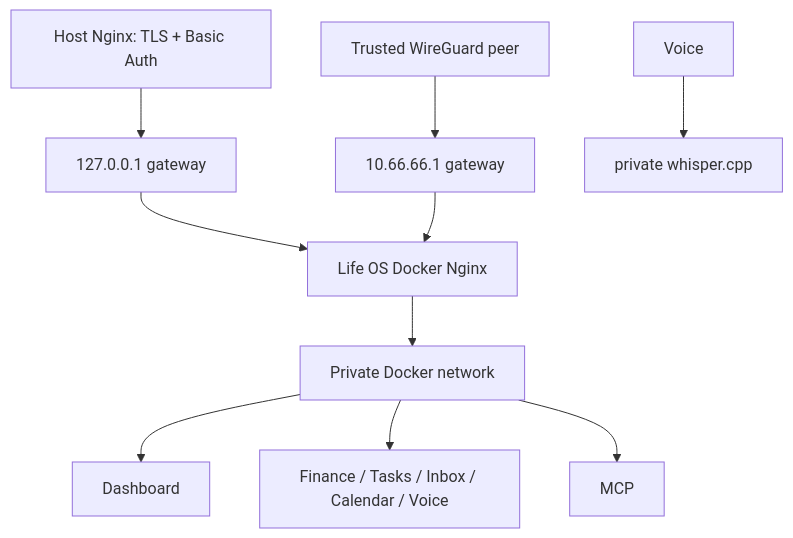
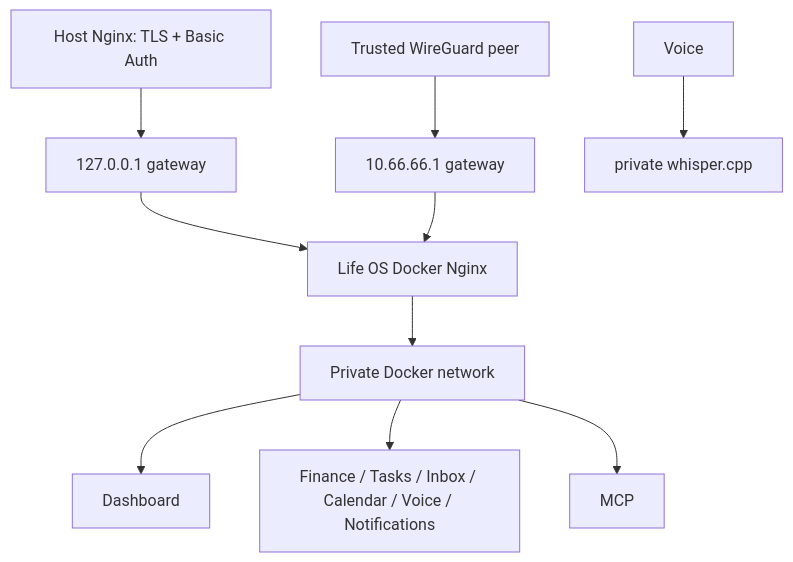
One commit to GAMch1k/life-os changed the diagram in docs/architecture/networking.md. Above: the diagram before and after it, drawn with Mermaid. The commit also changed other lines of this file and 6 other files, not shown here.

````diff
--- a/docs/architecture/networking.md
+++ b/docs/architecture/networking.md
@@ -3,12 +3,12 @@
 ```mermaid
 flowchart TB
  Host[Host Nginx: TLS + Basic Auth] --> Loopback[127.0.0.1 gateway]
  WireGuard[Trusted WireGuard peer] --> WGGateway[10.66.66.1 gateway]
  Loopback --> Gateway[Life OS Docker Nginx]
  WGGateway --> Gateway
  Gateway --> Private[Private Docker network]
  Private --> Dashboard
- Private --> APIs[Finance / Tasks / Inbox / Calendar / Voice]
+ Private --> APIs[Finance / Tasks / Inbox / Calendar / Voice / Notifications]
  Private --> MCP
  Voice --> Whisper[private whisper.cpp]
 ```
````
